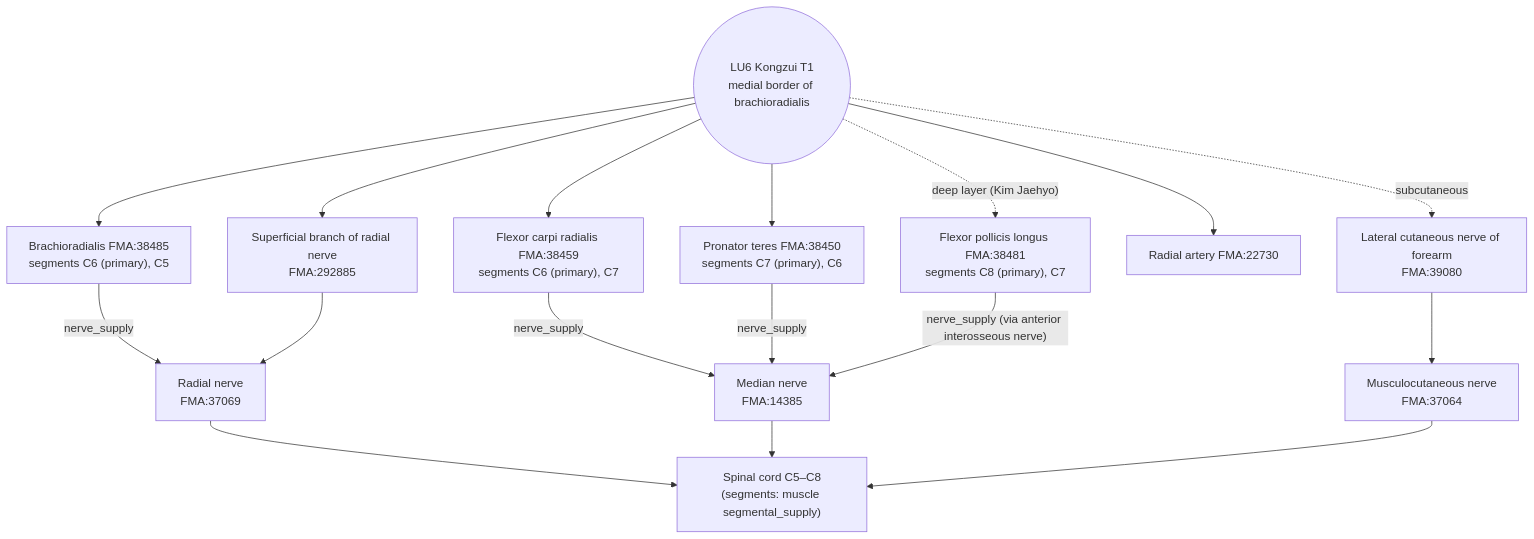
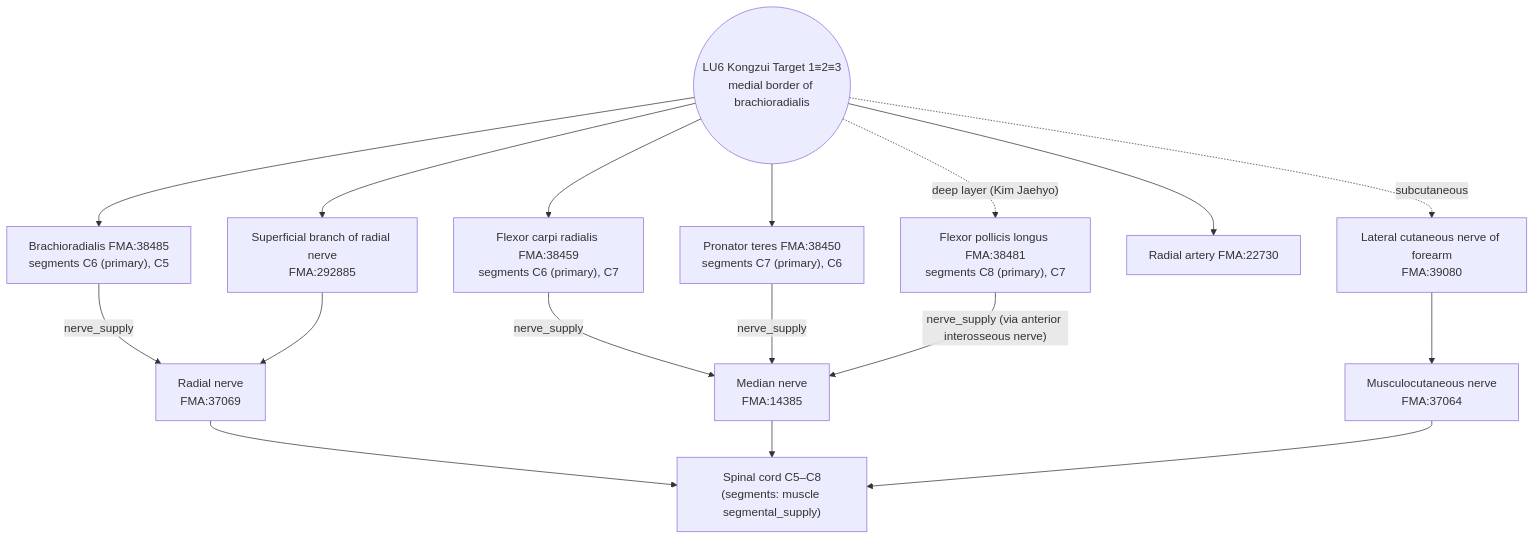
Before and after one commit to jaehyokim-sketch/acupoint_anatomy: the diagram in 01_경혈별_해부생리_분석보고서/LU_수태음폐경/LU06_공최/LU06_공최_해부생리_실체판명_보고서_en.md, drawn with Mermaid. The commit also changed other lines of this file and 60 other files, not shown here.

````diff
--- a/01_경혈별_해부생리_분석보고서/LU_수태음폐경/LU06_공최/LU06_공최_해부생리_실체판명_보고서_en.md
+++ b/01_경혈별_해부생리_분석보고서/LU_수태음폐경/LU06_공최/LU06_공최_해부생리_실체판명_보고서_en.md
@@ -289,19 +319,19 @@
 ```mermaid
 flowchart TB
-  P(("LU6 Kongzui T1<br/>medial border of brachioradialis")) -.subcutaneous.-> LAC["Lateral cutaneous nerve of forearm<br/>FMA:39080"]
+  P(("LU6 Kongzui Target 1≡2≡3<br/>medial border of brachioradialis")) -.subcutaneous.-> LAC["Lateral cutaneous nerve of forearm<br/>FMA:39080"]
   P --> BR["Brachioradialis FMA:38485<br/>segments C6 (primary), C5"]
   P --> FCR["Flexor carpi radialis FMA:38459<br/>segments C6 (primary), C7"]
   P --> PT["Pronator teres FMA:38450<br/>segments C7 (primary), C6"]
   P --> SBR["Superficial branch of radial nerve<br/>FMA:292885"]
   P --> RA["Radial artery FMA:22730"]
   P -. "deep layer (Kim Jaehyo)" .-> FPL["Flexor pollicis longus FMA:38481<br/>segments C8 (primary), C7"]
   BR -- nerve_supply --> RN["Radial nerve<br/>FMA:37069"]
   SBR --> RN
   FCR -- nerve_supply --> MN["Median nerve<br/>FMA:14385"]
   PT -- nerve_supply --> MN
   FPL -- "nerve_supply (via anterior interosseous nerve)" --> MN
   LAC --> MC["Musculocutaneous nerve<br/>FMA:37064"]
   RN --> SEG["Spinal cord C5–C8<br/>(segments: muscle segmental_supply)"]
   MN --> SEG
   MC --> SEG
 ```
````
